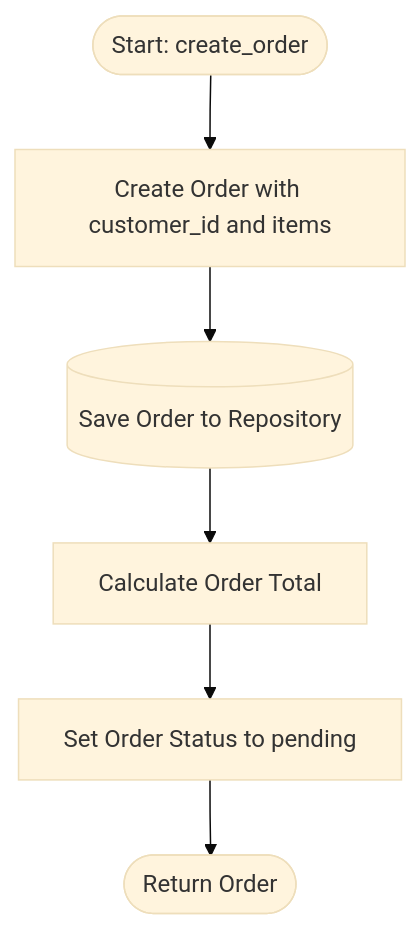
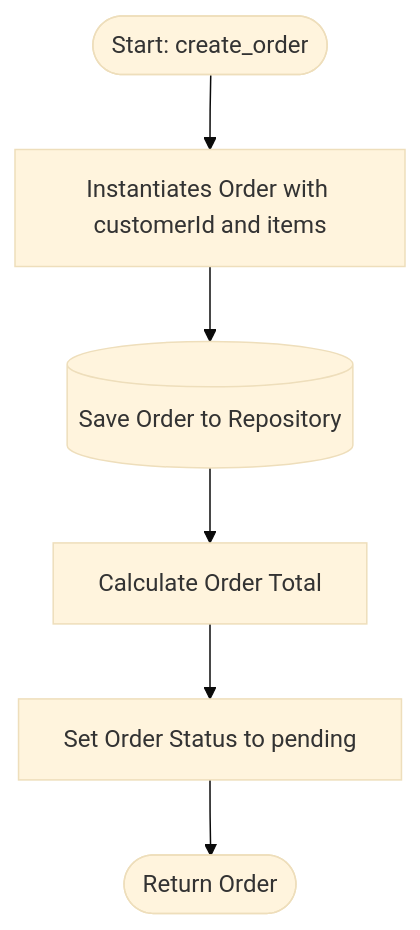
Before and after one commit to matzatezalo/local_arcbot_testing: the diagram in docs/architecture/order_creation_flow.md, drawn with Mermaid (base theme). The commit also changed other lines of this file and 2 other files, not shown here.

Commit message:
Update architecture diagrams

````diff
--- a/docs/architecture/order_creation_flow.md
+++ b/docs/architecture/order_creation_flow.md
@@ -8,8 +9,8 @@
 ```mermaid
 flowchart TD
-    Start([Start: create_order]) --> CreateOrder[Create Order with customer_id and items]
-    CreateOrder --> SaveOrder[(Save Order to Repository)]
+    Start([Start: create_order]) --> InstantiateOrder[Instantiates Order with customerId and items]
+    InstantiateOrder --> SaveOrder[(Save Order to Repository)]
     SaveOrder --> CalcTotal[Calculate Order Total]
     CalcTotal --> SetStatus[Set Order Status to pending]
     SetStatus --> Return([Return Order])
 ```
````
